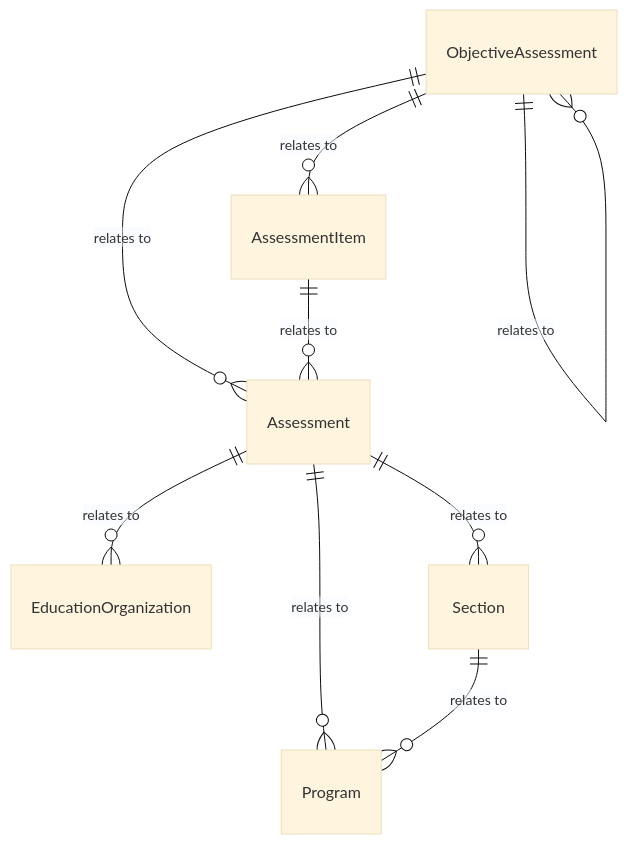
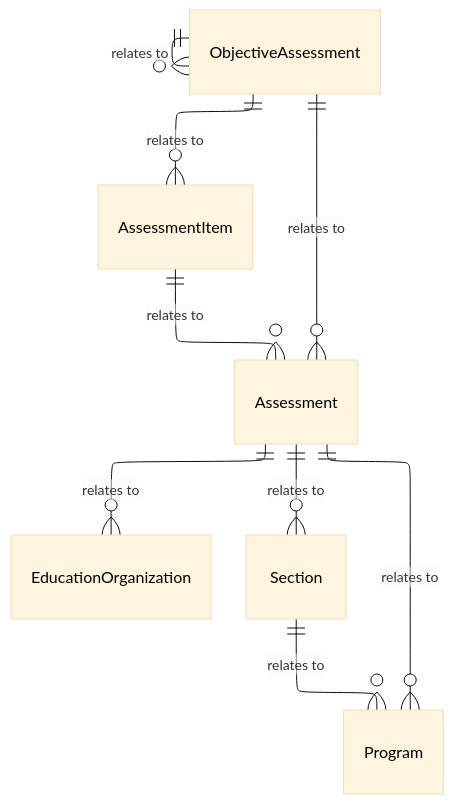
Before and after one commit to Ed-Fi-Alliance-OSS/ed-fi-alliance-oss.github.io: the third of 4 diagrams in dataStandard_versioned_docs/version-6/model-reference/assessment-domain/model-diagrams.md, drawn with Mermaid (base theme). The commit also changed other lines of this file and 24 other files, not shown here.

````diff
--- a/dataStandard_versioned_docs/version-6/model-reference/assessment-domain/model-diagrams.md
+++ b/dataStandard_versioned_docs/version-6/model-reference/assessment-domain/model-diagrams.md
@@ -126,23 +143,33 @@
 ```mermaid
+---
+config:
+  layout: elk
+---
 erDiagram
     Assessment {
     }
     ObjectiveAssessment {
     }
     AssessmentItem {
     }
     EducationOrganization {
     }
     Section {
     }
     Program {
     }
     ObjectiveAssessment ||--o{ ObjectiveAssessment : "relates to"
     ObjectiveAssessment ||--o{ AssessmentItem : "relates to"
     ObjectiveAssessment ||--o{ Assessment : "relates to"
     AssessmentItem ||--o{ Assessment : "relates to"
     Assessment ||--o{ EducationOrganization : "relates to"
     Assessment ||--o{ Section : "relates to"
     Assessment ||--o{ Program : "relates to"
     Section ||--o{ Program : "relates to"
+    style Assessment color:#000000
+    style ObjectiveAssessment color:#000000
+    style AssessmentItem color:#000000
+    style EducationOrganization color:#000000
+    style Section color:#000000
+    style Program color:#000000
 ```
````
